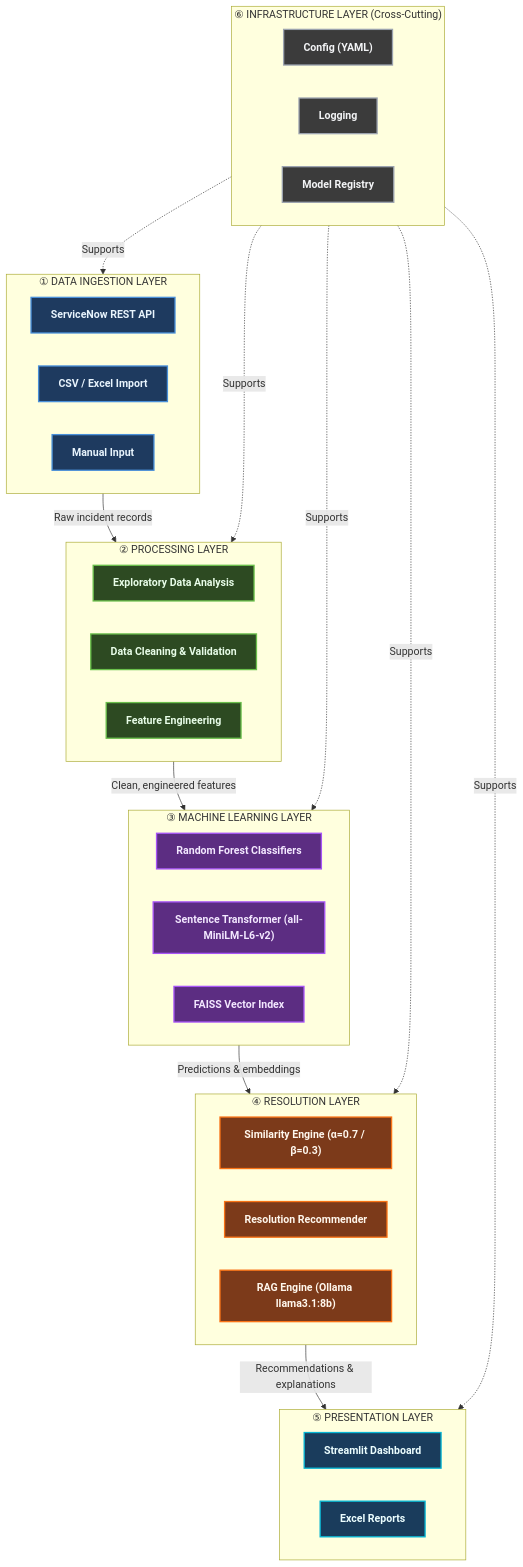
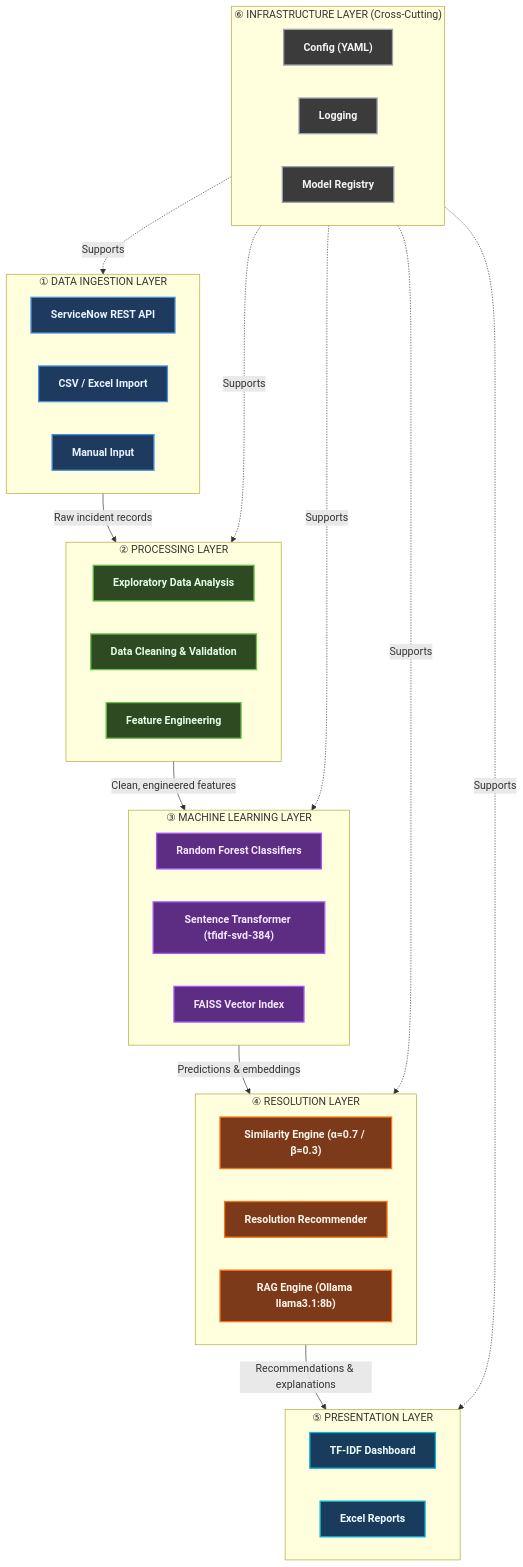
One commit to anshsingh1121/ML changed the first of 4 diagrams in docs/diagrams/architecture_v1.md. Above: the diagram before and after it, drawn with Mermaid. The commit also changed other lines of this file and 60 other files, not shown here.

Commit message:
Refactor: Deep cleanup, remove HPO and legacy code, consolidate CatBoost architecture

````diff
--- a/docs/diagrams/architecture_v1.md
+++ b/docs/diagrams/architecture_v1.md
@@ -27,77 +27,77 @@
 ```mermaid
 graph TB
     %% ── Styling ──────────────────────────────────────────────
     classDef ingestion   fill:#1e3a5f,stroke:#4a90d9,stroke-width:2px,color:#e8f4fd,font-weight:bold
     classDef processing  fill:#2d4a22,stroke:#6abf4b,stroke-width:2px,color:#e8fde8,font-weight:bold
     classDef ml          fill:#5c2d82,stroke:#a855f7,stroke-width:2px,color:#f3e8ff,font-weight:bold
     classDef resolution  fill:#7c3a1a,stroke:#f97316,stroke-width:2px,color:#fff7ed,font-weight:bold
     classDef presentation fill:#1a3c5c,stroke:#06b6d4,stroke-width:2px,color:#ecfeff,font-weight:bold
     classDef infra       fill:#3b3b3b,stroke:#9ca3af,stroke-width:2px,color:#f3f4f6,font-weight:bold
 
     %% ── Layer 1 · Data Ingestion ─────────────────────────────
     subgraph L1["① DATA INGESTION LAYER"]
         direction LR
         SN["ServiceNow REST API"]
         CSV["CSV / Excel Import"]
         MI["Manual Input"]
     end
 
     %% ── Layer 2 · Processing ─────────────────────────────────
     subgraph L2["② PROCESSING LAYER"]
         direction LR
         EDA["Exploratory Data Analysis"]
         DC["Data Cleaning & Validation"]
         FE["Feature Engineering"]
     end
 
     %% ── Layer 3 · Machine Learning ───────────────────────────
     subgraph L3["③ MACHINE LEARNING LAYER"]
         direction LR
         RF["Random Forest Classifiers"]
-        ST["Sentence Transformer (all-MiniLM-L6-v2)"]
+        ST["Sentence Transformer (tfidf-svd-384)"]
         FI["FAISS Vector Index"]
     end
 
     %% ── Layer 4 · Resolution ─────────────────────────────────
     subgraph L4["④ RESOLUTION LAYER"]
         direction LR
         SE["Similarity Engine (α=0.7 / β=0.3)"]
         RR["Resolution Recommender"]
         RAG["RAG Engine (Ollama llama3.1:8b)"]
     end
 
     %% ── Layer 5 · Presentation ───────────────────────────────
     subgraph L5["⑤ PRESENTATION LAYER"]
         direction LR
-        SD["Streamlit Dashboard"]
+        SD["TF-IDF Dashboard"]
         XR["Excel Reports"]
     end
 
     %% ── Layer 6 · Infrastructure (cross-cutting) ─────────────
     subgraph L6["⑥ INFRASTRUCTURE LAYER (Cross-Cutting)"]
         direction LR
         CFG["Config (YAML)"]
         LOG["Logging"]
         MR["Model Registry"]
     end
 
     %% ── Inter-layer flows ────────────────────────────────────
     L1 -->|"Raw incident records"| L2
     L2 -->|"Clean, engineered features"| L3
     L3 -->|"Predictions & embeddings"| L4
     L4 -->|"Recommendations & explanations"| L5
 
     L6 -.->|"Supports"| L1
     L6 -.->|"Supports"| L2
     L6 -.->|"Supports"| L3
     L6 -.->|"Supports"| L4
     L6 -.->|"Supports"| L5
 
     %% ── Apply styles ─────────────────────────────────────────
     class SN,CSV,MI ingestion
     class EDA,DC,FE processing
     class RF,ST,FI ml
     class SE,RR,RAG resolution
     class SD,XR presentation
     class CFG,LOG,MR infra
 ```
````
